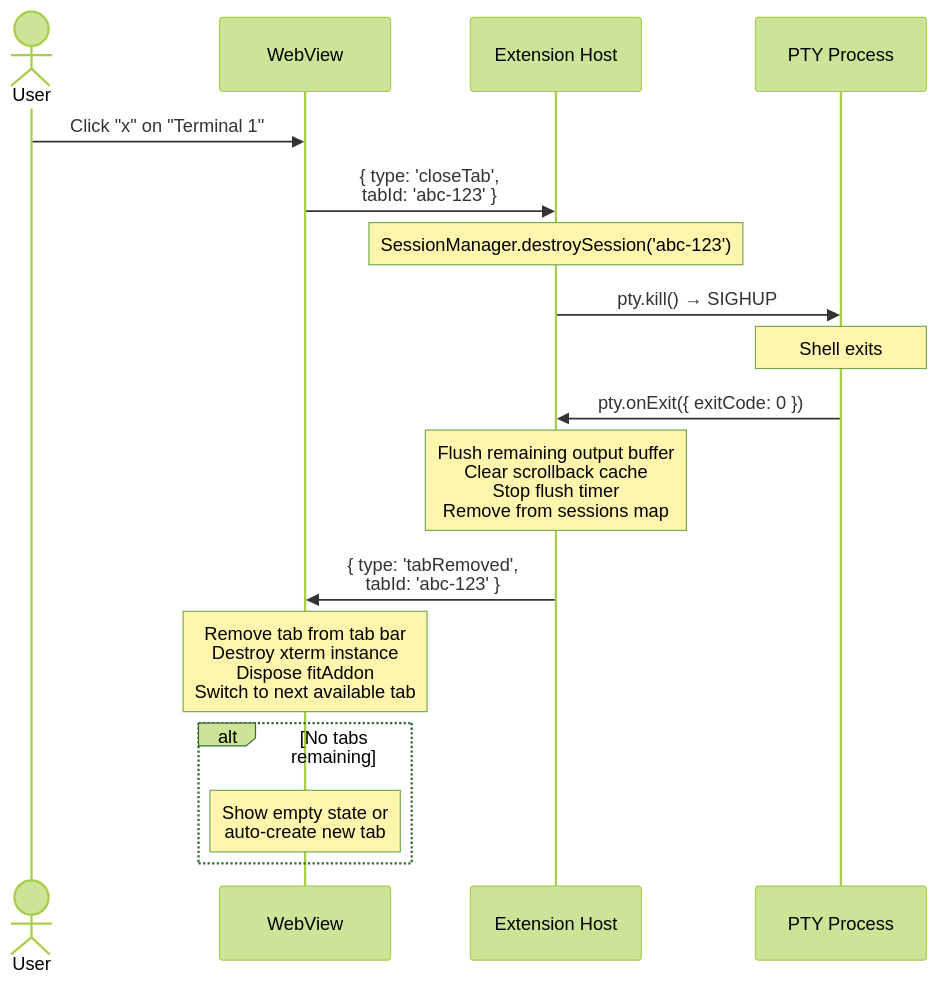
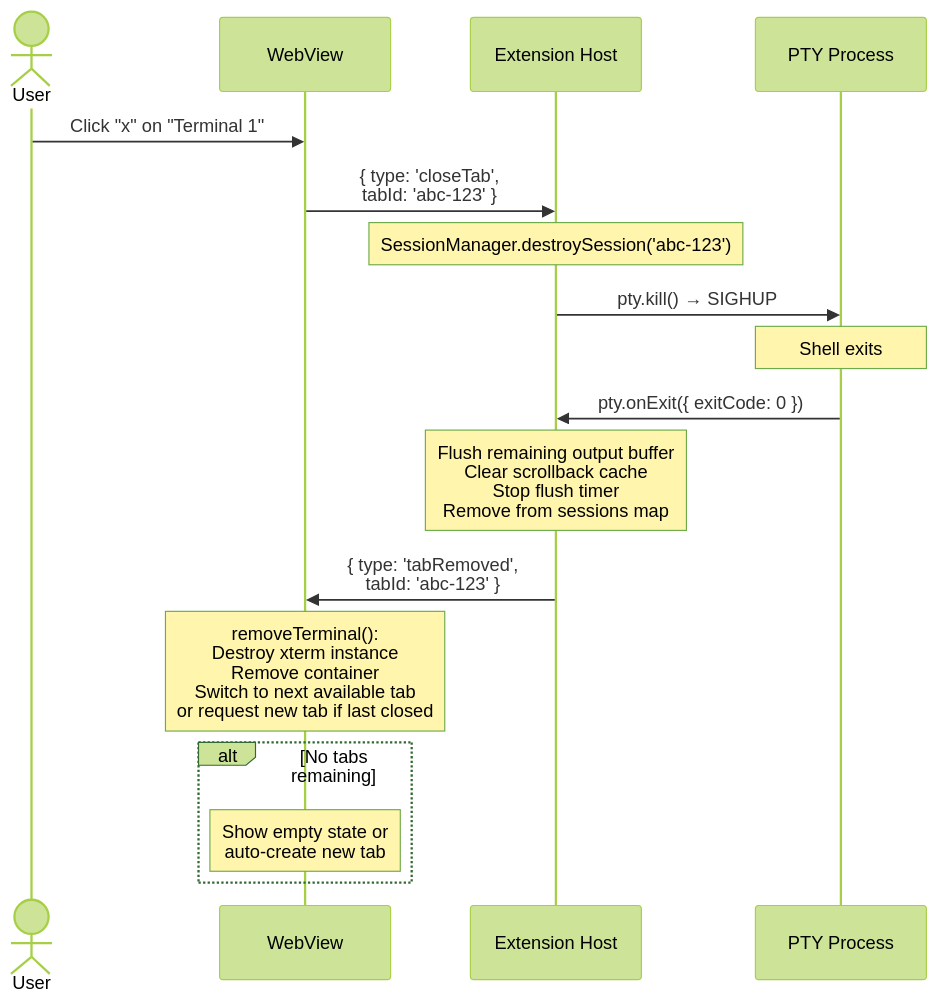
Before and after one commit to huybuidac/anywhere-terminal: the fourth of 7 diagrams in docs/design/message-protocol.md, drawn with Mermaid (forest theme). The commit also changed other lines of this file and 46 other files, not shown here.

Commit message:
refactor: extract terminal factory, split renderer, and flow control into dedicated modules, reducing main.ts to a composition root, and add new webview tests.

````diff
--- a/docs/design/message-protocol.md
+++ b/docs/design/message-protocol.md
@@ -482,29 +563,29 @@
 ```mermaid
 sequenceDiagram
     actor User
     participant WV as WebView
     participant Ext as Extension Host
     participant PTY as PTY Process
 
     User->>WV: Click "x" on "Terminal 1"
 
     WV->>Ext: { type: 'closeTab',<br/>  tabId: 'abc-123' }
 
     Note over Ext: SessionManager.destroySession('abc-123')
 
     Ext->>PTY: pty.kill() → SIGHUP
 
     Note over PTY: Shell exits
 
     PTY->>Ext: pty.onExit({ exitCode: 0 })
 
     Note over Ext: Flush remaining output buffer<br/>Clear scrollback cache<br/>Stop flush timer<br/>Remove from sessions map
 
     Ext->>WV: { type: 'tabRemoved',<br/>  tabId: 'abc-123' }
 
-    Note over WV: Remove tab from tab bar<br/>Destroy xterm instance<br/>Dispose fitAddon<br/>Switch to next available tab
+    Note over WV: removeTerminal():<br/>Destroy xterm instance<br/>Remove container<br/>Switch to next available tab<br/>or request new tab if last closed
 
     alt No tabs remaining
         Note over WV: Show empty state or<br/>auto-create new tab
     end
 ```
````
